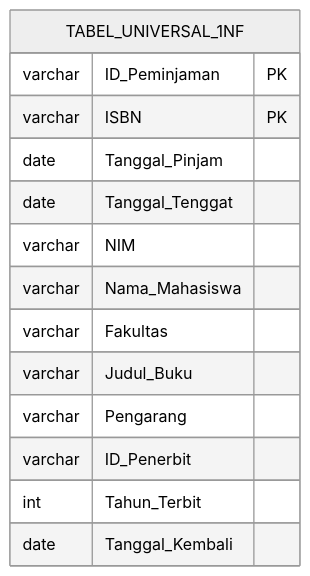
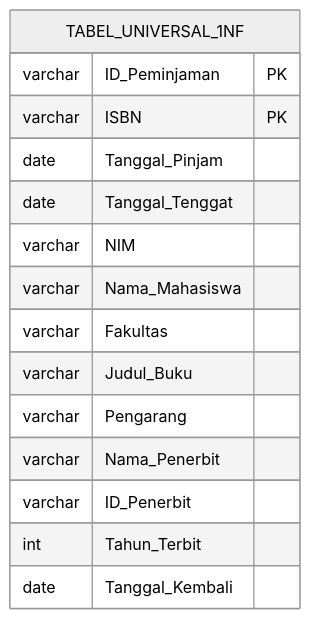
Before and after one commit to AdinRafi/Pemrograman-Web-B: the third of 5 diagrams in Tugas 6/06-tugas-pemodelan-database.md, drawn with Mermaid (neutral theme). The commit also changed other lines of this file, not shown here.

````diff
--- a/Tugas 6/06-tugas-pemodelan-database.md
+++ b/Tugas 6/06-tugas-pemodelan-database.md
@@ -136,17 +137,18 @@
 ```mermaid
 erDiagram
     TABEL_UNIVERSAL_1NF {
         varchar ID_Peminjaman PK
         varchar ISBN PK
         date Tanggal_Pinjam
         date Tanggal_Tenggat
         varchar NIM
         varchar Nama_Mahasiswa
         varchar Fakultas
         varchar Judul_Buku
         varchar Pengarang
+        varchar Nama_Penerbit
         varchar ID_Penerbit
         int Tahun_Terbit
         date Tanggal_Kembali
     }
 ```
````
